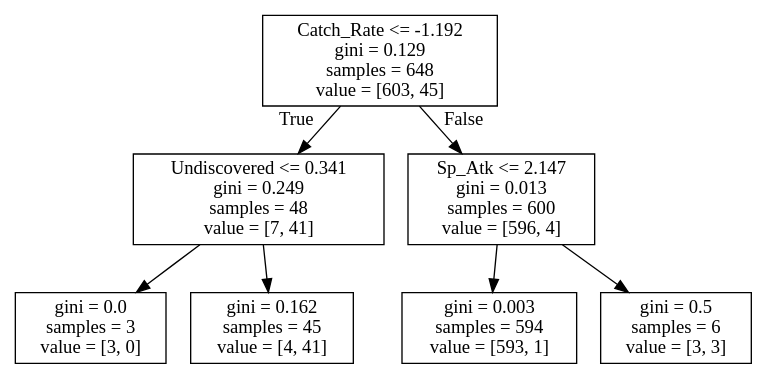
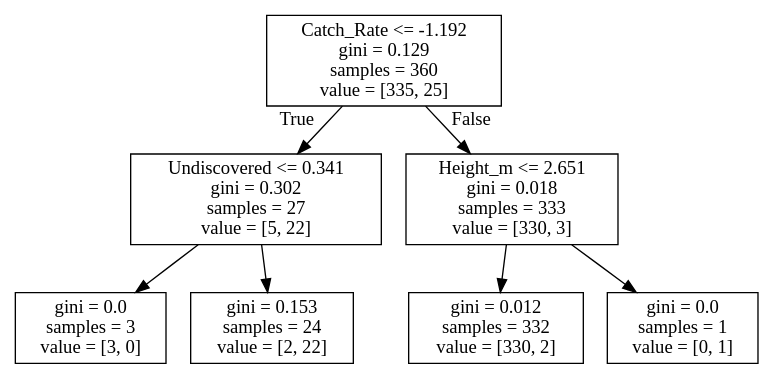
The diagram in Scripts/tree_Legendary.dot (ChristianHinge/Machine), drawn with Graphviz before and after one commit. The commit also changed 12 other files, not shown here.

```diff
--- a/Scripts/tree_Legendary.dot
+++ b/Scripts/tree_Legendary.dot
@@ -1,16 +1,16 @@
 digraph Tree {
 node [shape=box] ;
-0 [label="Catch_Rate <= -1.192\ngini = 0.129\nsamples = 648\nvalue = [603, 45]"] ;
-1 [label="Undiscovered <= 0.341\ngini = 0.249\nsamples = 48\nvalue = [7, 41]"] ;
+0 [label="Catch_Rate <= -1.192\ngini = 0.129\nsamples = 360\nvalue = [335, 25]"] ;
+1 [label="Undiscovered <= 0.341\ngini = 0.302\nsamples = 27\nvalue = [5, 22]"] ;
 0 -> 1 [labeldistance=2.5, labelangle=45, headlabel="True"] ;
 2 [label="gini = 0.0\nsamples = 3\nvalue = [3, 0]"] ;
 1 -> 2 ;
-3 [label="gini = 0.162\nsamples = 45\nvalue = [4, 41]"] ;
+3 [label="gini = 0.153\nsamples = 24\nvalue = [2, 22]"] ;
 1 -> 3 ;
-4 [label="Sp_Atk <= 2.147\ngini = 0.013\nsamples = 600\nvalue = [596, 4]"] ;
+4 [label="Height_m <= 2.651\ngini = 0.018\nsamples = 333\nvalue = [330, 3]"] ;
 0 -> 4 [labeldistance=2.5, labelangle=-45, headlabel="False"] ;
-5 [label="gini = 0.003\nsamples = 594\nvalue = [593, 1]"] ;
+5 [label="gini = 0.012\nsamples = 332\nvalue = [330, 2]"] ;
 4 -> 5 ;
-6 [label="gini = 0.5\nsamples = 6\nvalue = [3, 3]"] ;
+6 [label="gini = 0.0\nsamples = 1\nvalue = [0, 1]"] ;
 4 -> 6 ;
 }
```
